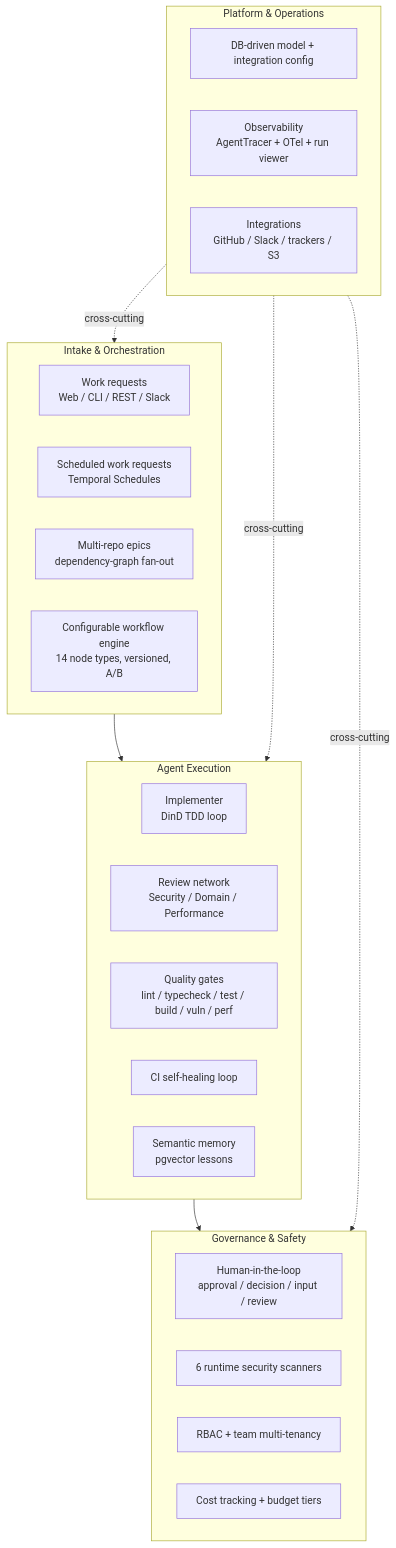
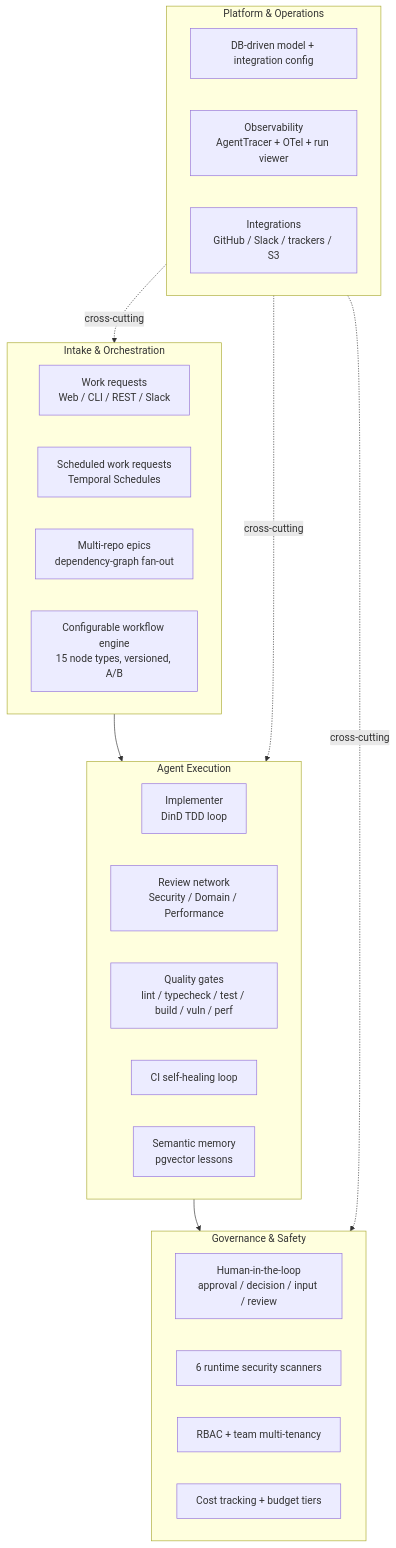
Before and after one commit to yorch/auto-swe: the first of 2 diagrams in docs/product-overview.md, drawn with Mermaid. The commit also changed other lines of this file and 7 other files, not shown here.

````diff
--- a/docs/product-overview.md
+++ b/docs/product-overview.md
@@ -45,35 +45,35 @@
 ```mermaid
 flowchart TB
     subgraph Intake["Intake & Orchestration"]
         WR[Work requests\nWeb / CLI / REST / Slack]
         SCHED[Scheduled work requests\nTemporal Schedules]
         EPIC[Multi-repo epics\ndependency-graph fan-out]
-        WF[Configurable workflow engine\n14 node types, versioned, A/B]
+        WF[Configurable workflow engine\n15 node types, versioned, A/B]
     end
 
     subgraph Agents["Agent Execution"]
         IMPL[Implementer\nDinD TDD loop]
         REVNET[Review network\nSecurity / Domain / Performance]
         GATES[Quality gates\nlint / typecheck / test / build / vuln / perf]
         CIHEAL[CI self-healing loop]
         MEM[Semantic memory\npgvector lessons]
     end
 
     subgraph Governance["Governance & Safety"]
         HITL[Human-in-the-loop\napproval / decision / input / review]
         SCAN[6 runtime security scanners]
         RBAC[RBAC + team multi-tenancy]
         COST[Cost tracking + budget tiers]
     end
 
     subgraph Platform["Platform & Operations"]
         CONFIG[DB-driven model + integration config]
         OBS[Observability\nAgentTracer + OTel + run viewer]
         INTEG[Integrations\nGitHub / Slack / trackers / S3]
     end
 
     Intake --> Agents --> Governance
     Platform -.cross-cutting.-> Intake
     Platform -.cross-cutting.-> Agents
     Platform -.cross-cutting.-> Governance
 ```
````
